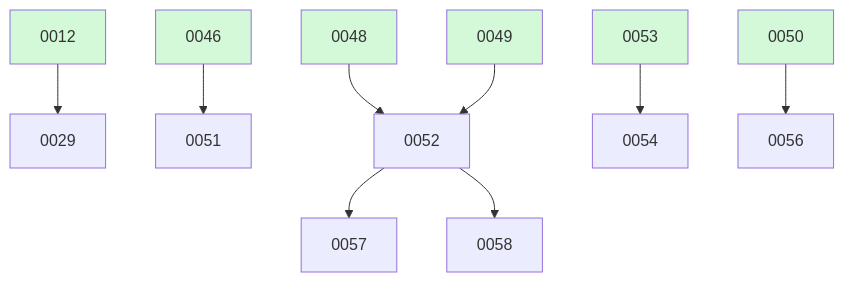
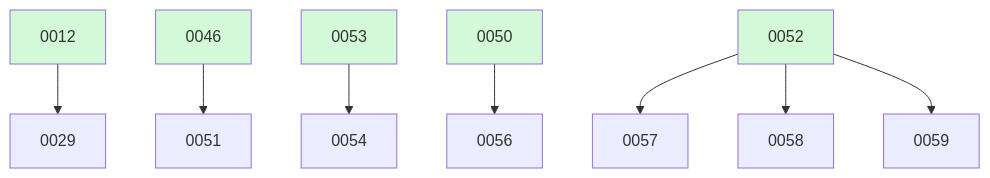
The diagram in docs/changes/BOARD.md (ethanhinson/fuse), drawn with Mermaid before and after one commit. The commit also changed other lines of this file, not shown here.

````diff
--- a/docs/changes/BOARD.md
+++ b/docs/changes/BOARD.md
@@ -27,18 +22,16 @@
 ```mermaid
 graph TD
   0012 --> 0029
   0046 --> 0051
-  0048 --> 0052
-  0049 --> 0052
   0053 --> 0054
   0050 --> 0056
   0052 --> 0057
   0052 --> 0058
+  0052 --> 0059
   0012:::done
   0046:::done
-  0048:::done
-  0049:::done
   0050:::done
+  0052:::done
   0053:::done
   classDef done fill:#d3f9d8;
 ```
````
